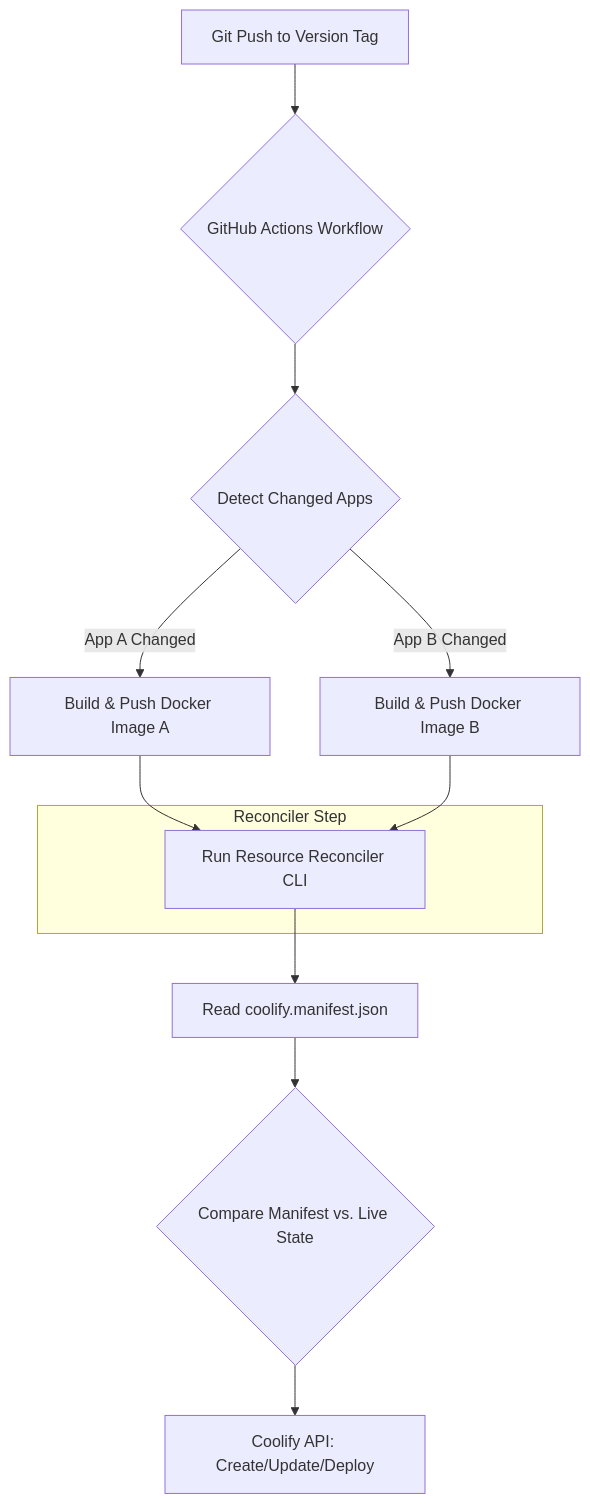
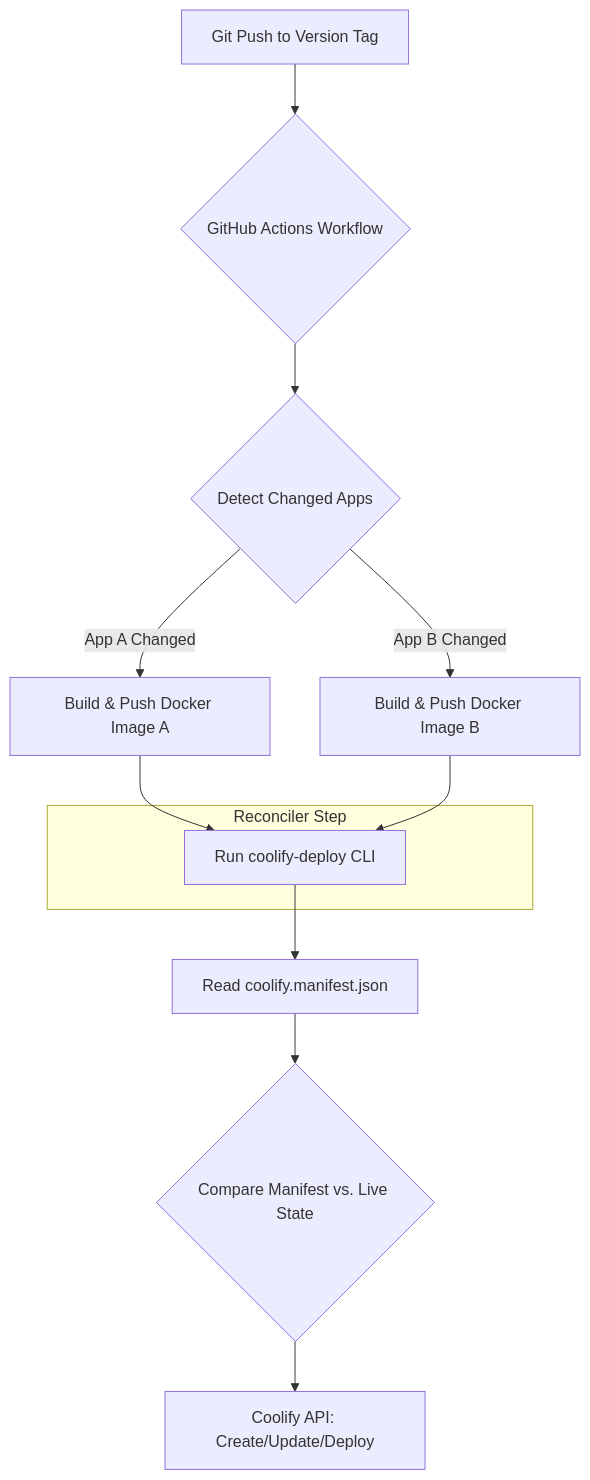
One commit to julianstephens/photo-gallery changed the fourth of 4 diagrams in SITE.md. Above: the diagram before and after it, drawn with Mermaid. The commit also changed other lines of this file and 21 other files, not shown here.

Commit message:
refactor: move worker-resource-reconciler to coolify-deploy repo

````diff
--- a/SITE.md
+++ b/SITE.md
@@ -106,15 +106,15 @@
 ```mermaid
 graph TD
     A[Git Push to Version Tag] --> B{GitHub Actions Workflow};
     B --> C{Detect Changed Apps};
     C -- App A Changed --> D[Build & Push Docker Image A];
     C -- App B Changed --> E[Build & Push Docker Image B];
     subgraph Reconciler Step
-        F[Run Resource Reconciler CLI];
+        F[Run coolify-deploy CLI];
     end
     D --> F;
     E --> F;
     F --> G[Read coolify.manifest.json];
     G --> H{Compare Manifest vs. Live State};
     H --> I[Coolify API: Create/Update/Deploy];
 ```
````
